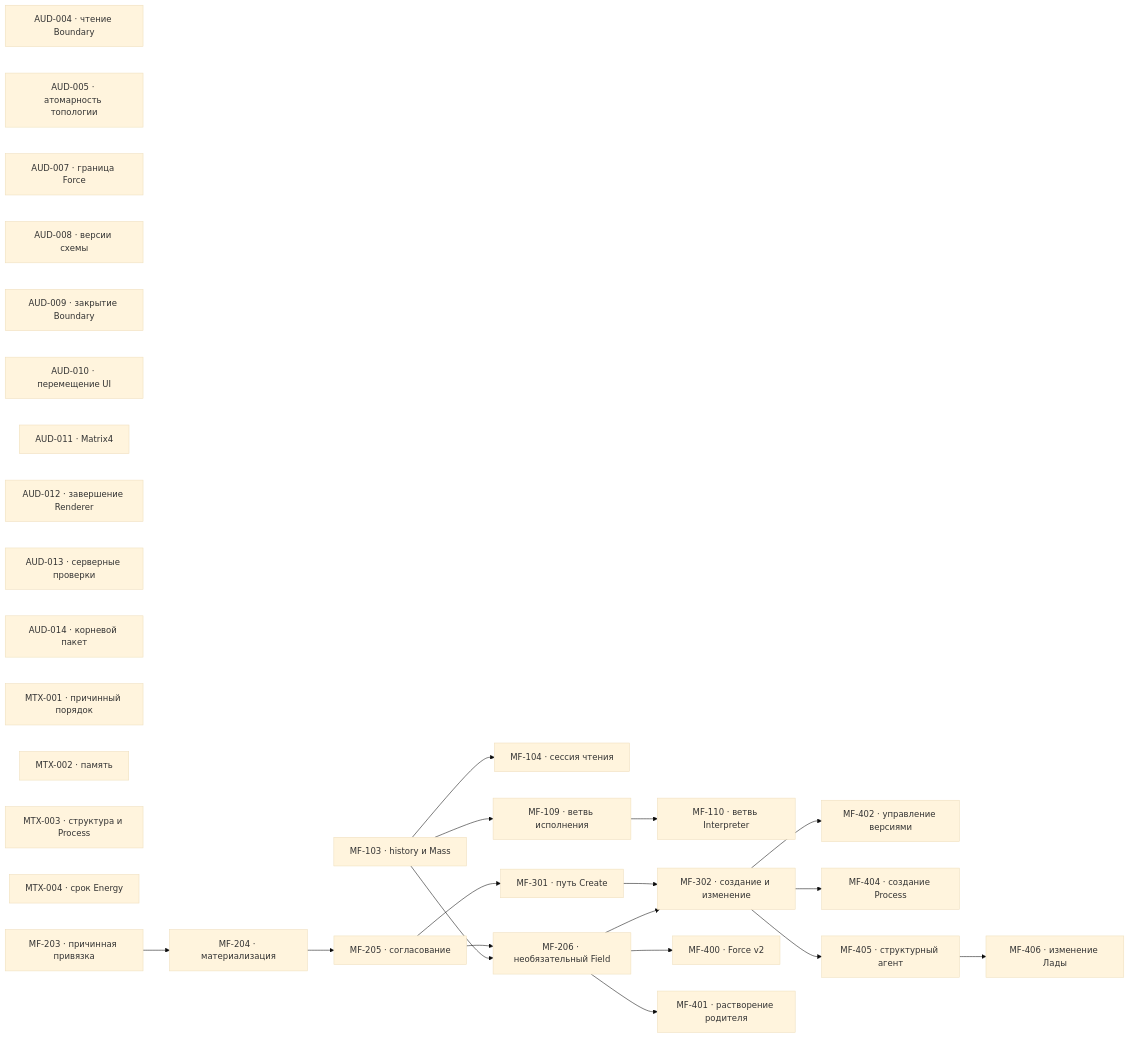
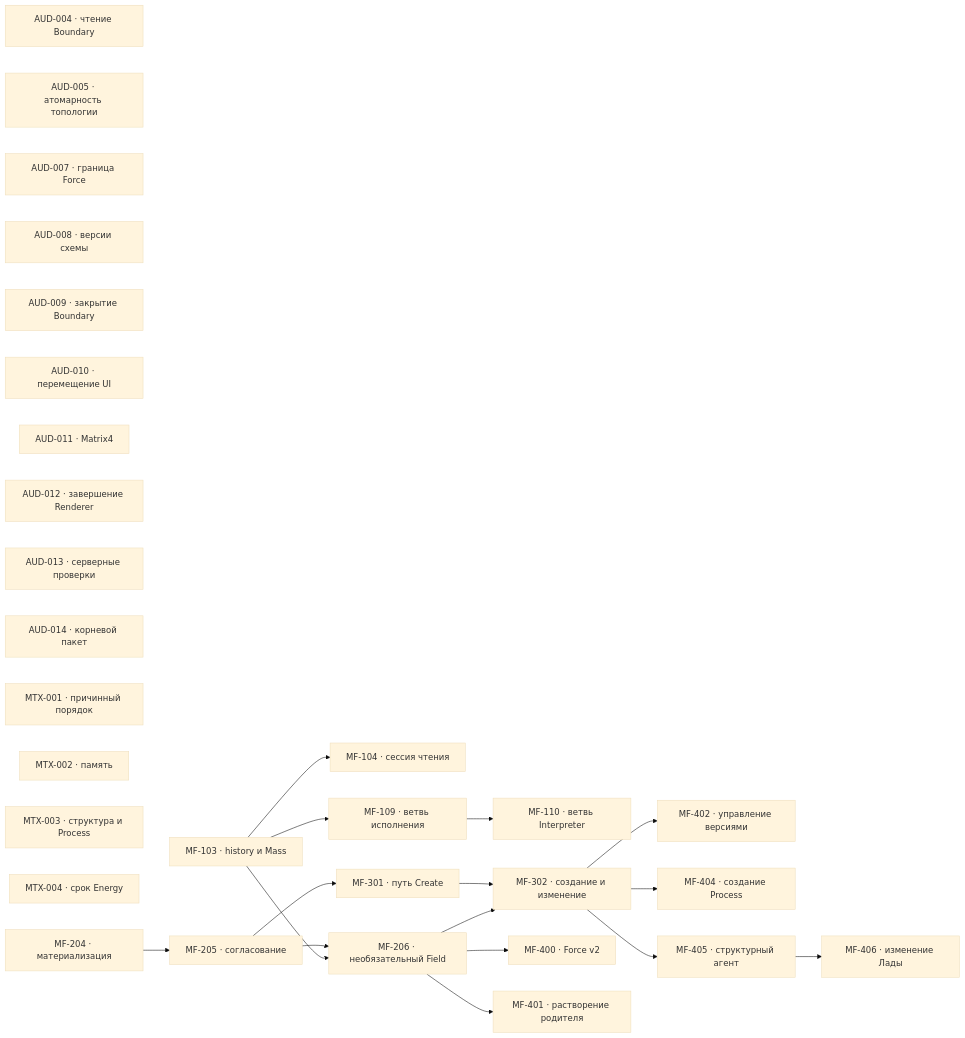
Before and after one commit to zavx0z/metafor: the diagram in project/TODO.md, drawn with Mermaid (base theme). The commit also changed other lines of this file and 1 other file, not shown here.

````diff
--- a/project/TODO.md
+++ b/project/TODO.md
@@ -13,50 +13,48 @@
 ```mermaid
 flowchart LR
     AUD004["AUD-004 · чтение Boundary"]
     AUD005["AUD-005 · атомарность топологии"]
     AUD007["AUD-007 · граница Force"]
     AUD008["AUD-008 · версии схемы"]
     AUD009["AUD-009 · закрытие Boundary"]
     AUD010["AUD-010 · перемещение UI"]
     AUD011["AUD-011 · Matrix4"]
     AUD012["AUD-012 · завершение Renderer"]
     AUD013["AUD-013 · серверные проверки"]
     AUD014["AUD-014 · корневой пакет"]
     MTX001["MTX-001 · причинный порядок"]
     MTX002["MTX-002 · память"]
     MTX003["MTX-003 · структура и Process"]
     MTX004["MTX-004 · срок Energy"]
     MF103["MF-103 · history и Mass"]
     MF104["MF-104 · сессия чтения"]
     MF109["MF-109 · ветвь исполнения"]
     MF110["MF-110 · ветвь Interpreter"]
-    MF203["MF-203 · причинная привязка"]
     MF204["MF-204 · материализация"]
     MF205["MF-205 · согласование"]
     MF206["MF-206 · необязательный Field"]
     MF301["MF-301 · путь Create"]
     MF302["MF-302 · создание и изменение"]
     MF400["MF-400 · Force v2"]
     MF401["MF-401 · растворение родителя"]
     MF402["MF-402 · управление версиями"]
     MF404["MF-404 · создание Process"]
     MF405["MF-405 · структурный агент"]
     MF406["MF-406 · изменение Лады"]
 
     MF103 --> MF104
     MF103 --> MF109
     MF109 --> MF110
-    MF203 --> MF204
     MF204 --> MF205
     MF205 --> MF206
     MF103 --> MF206
     MF205 --> MF301
     MF301 --> MF302
     MF206 --> MF302
     MF206 --> MF400
     MF206 --> MF401
     MF302 --> MF402
     MF302 --> MF404
     MF302 --> MF405
     MF405 --> MF406
 ```
````
